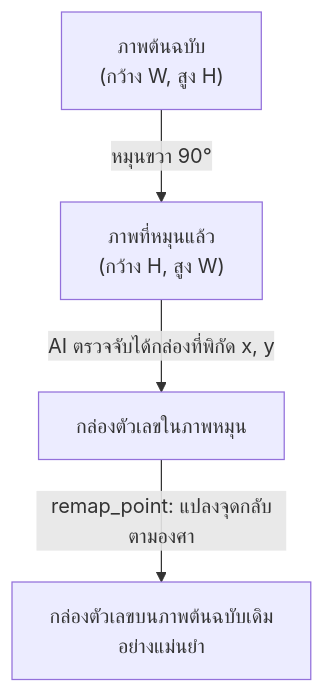
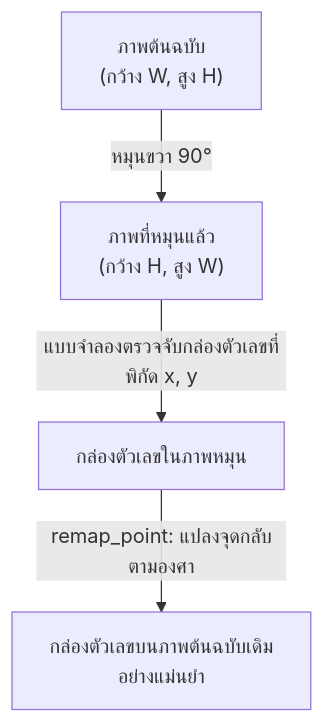
One commit to jirathxz/meter-reader changed the second of 4 diagrams in TUTORIAL.md. Above: the diagram before and after it, drawn with Mermaid. The commit also changed other lines of this file, not shown here.

````diff
--- a/TUTORIAL.md
+++ b/TUTORIAL.md
@@ -430,6 +430,6 @@
 ```mermaid
 flowchart TD
  A[" ภาพต้นฉบับ<br/>(กว้าง W, สูง H)"] -->|"หมุนขวา 90°"| B[" ภาพที่หมุนแล้ว<br/>(กว้าง H, สูง W)"]
- B -->|"AI ตรวจจับได้กล่องที่พิกัด x, y"| C[" กล่องตัวเลขในภาพหมุน"]
+ B -->|"แบบจำลองตรวจจับกล่องตัวเลขที่พิกัด x, y"| C[" กล่องตัวเลขในภาพหมุน"]
  C -->|"remap_point: แปลงจุดกลับตามองศา"| D[" กล่องตัวเลขบนภาพต้นฉบับเดิม<br/>อย่างแม่นยำ"]
 ```
````
